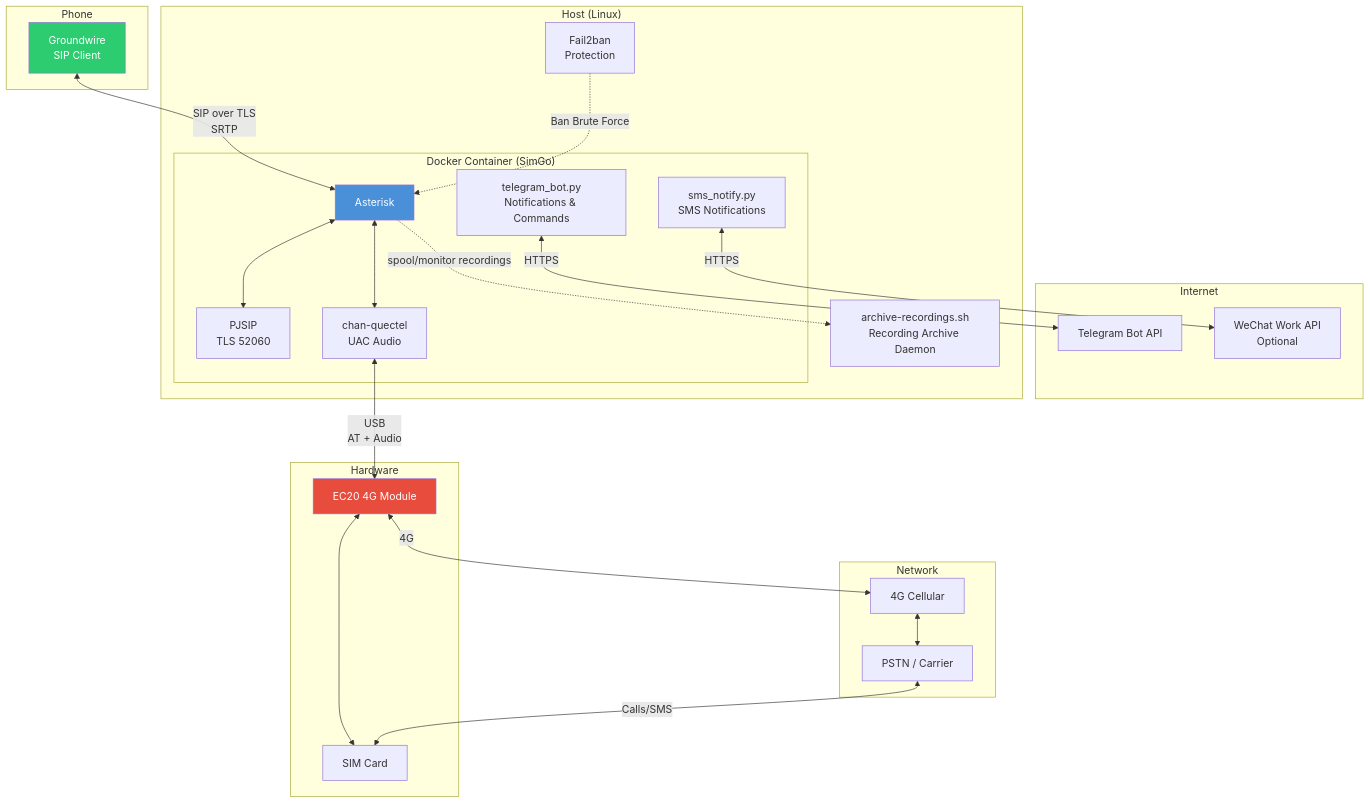
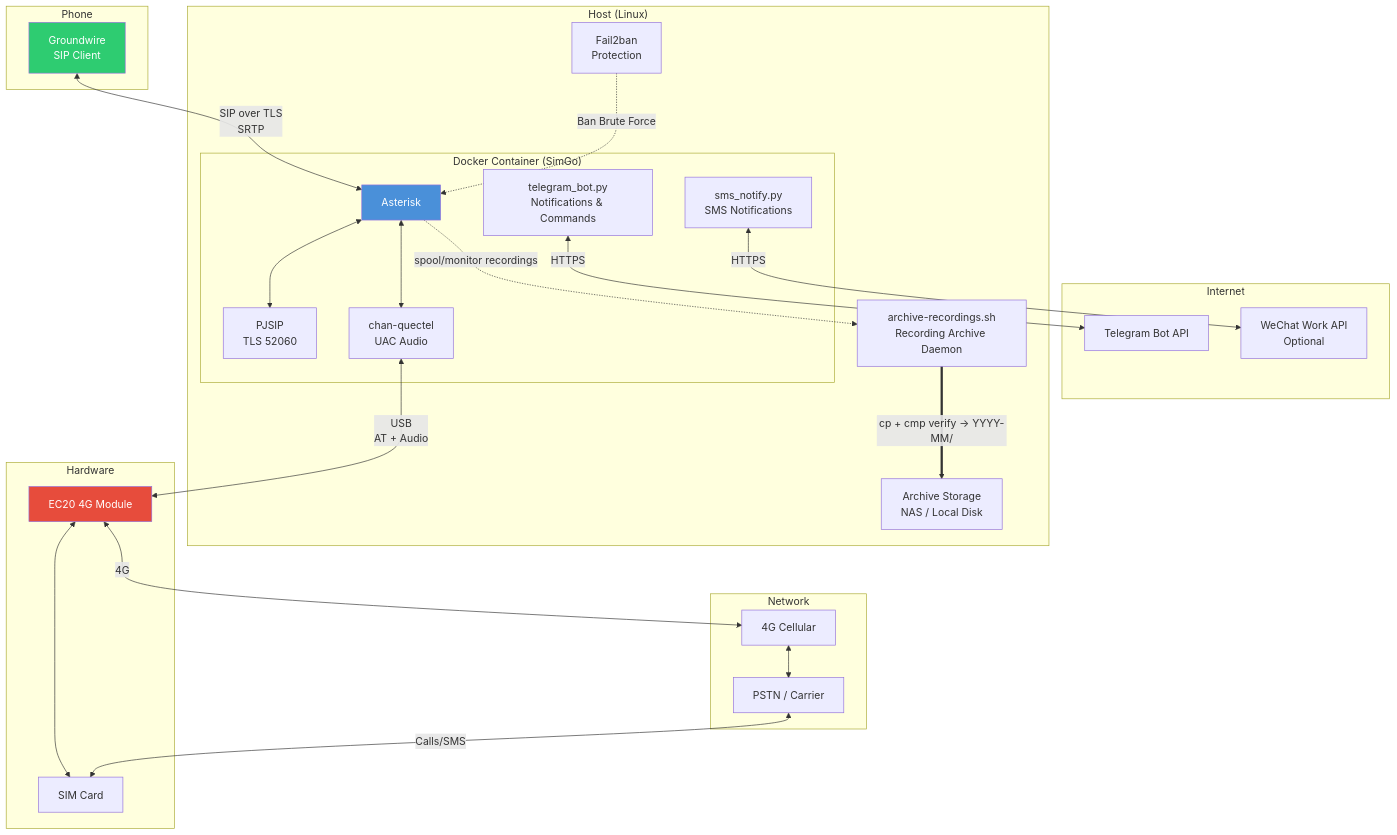
The diagram in README.en.md (myleo1/SimGo), drawn with Mermaid before and after one commit. The commit also changed other lines of this file and 1 other file, not shown here.

Commit message:
docs: recording feature intro, archive-storage in diagram, DuckDNS prerequisite

````diff
--- a/README.en.md
+++ b/README.en.md
@@ -45,50 +54,52 @@
 ```mermaid
 graph TB
     subgraph "Phone"
         GW[Groundwire<br/>SIP Client]
     end
 
     subgraph "Internet"
         TG[Telegram Bot API]
         WX[WeChat Work API<br/>Optional]
     end
 
     subgraph "Host (Linux)"
         subgraph "Docker Container (SimGo)"
             AS[Asterisk]
             PS[PJSIP<br/>TLS 52060]
             QC[chan-quectel<br/>UAC Audio]
             BOT[telegram_bot.py<br/>Notifications & Commands]
             SMS[sms_notify.py<br/>SMS Notifications]
         end
         F2B[Fail2ban<br/>Protection]
         ARC[archive-recordings.sh<br/>Recording Archive Daemon]
+        NASD[Archive Storage<br/>NAS / Local Disk]
     end
 
     subgraph "Hardware"
         EC20[EC20 4G Module]
         SIM[SIM Card]
     end
 
     subgraph "Network"
         4G[4G Cellular]
         PSTN[PSTN / Carrier]
     end
 
     GW <-->|"SIP over TLS<br/>SRTP"| AS
     AS <--> PS
     AS <--> QC
     BOT <-->|"HTTPS"| TG
     SMS <-->|"HTTPS"| WX
     QC <-->|"USB<br/>AT + Audio"| EC20
     EC20 <--> SIM
     EC20 <-->|"4G"| 4G
     4G <--> PSTN
     PSTN <-->|"Calls/SMS"| SIM
     F2B -.->|"Ban Brute Force"| AS
     AS -.->|"spool/monitor recordings"| ARC
+    ARC ==>|"cp + cmp verify → YYYY-MM/"| NASD
 
     style AS fill:#4a90d9,color:#fff
     style EC20 fill:#e74c3c,color:#fff
     style GW fill:#2ecc71,color:#fff
 ```
````
